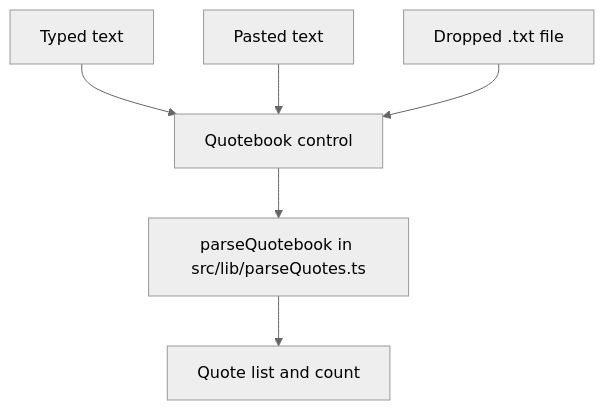
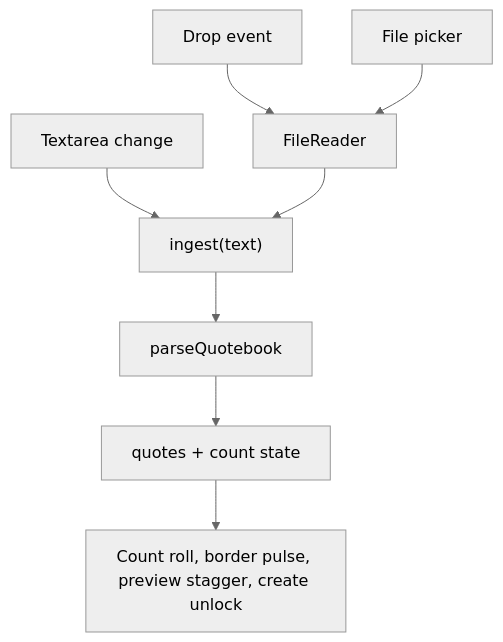
The first of 2 diagrams in docs/plans/2026-09-04-1158-feat-quotebook-input-and-gamefeel-plan.md (Astra-Computing/applications), drawn with Mermaid (neutral theme) before and after one commit. The commit also changed other lines of this file and 2 other files, not shown here.

First line of the commit message:
Unify the quotebook control and add the motion foundation (U1, U2)

````diff
--- a/docs/plans/2026-09-04-1158-feat-quotebook-input-and-gamefeel-plan.md
+++ b/docs/plans/2026-09-04-1158-feat-quotebook-input-and-gamefeel-plan.md
@@ -56,8 +219,10 @@
 ```mermaid
 flowchart TB
-  T[Typed text] --> C[Quotebook control]
-  P[Pasted text] --> C
-  D[Dropped .txt file] --> C
-  C --> PQ["parseQuotebook in src/lib/parseQuotes.ts"]
-  PQ --> Q[Quote list and count]
+  T[Textarea change] --> ING["ingest(text)"]
+  D[Drop event] --> FR[FileReader]
+  PICK[File picker] --> FR
+  FR --> ING
+  ING --> PQ["parseQuotebook"]
+  PQ --> ST[quotes + count state]
+  ST --> UI[Count roll, border pulse, preview stagger, create unlock]
 ```
````
